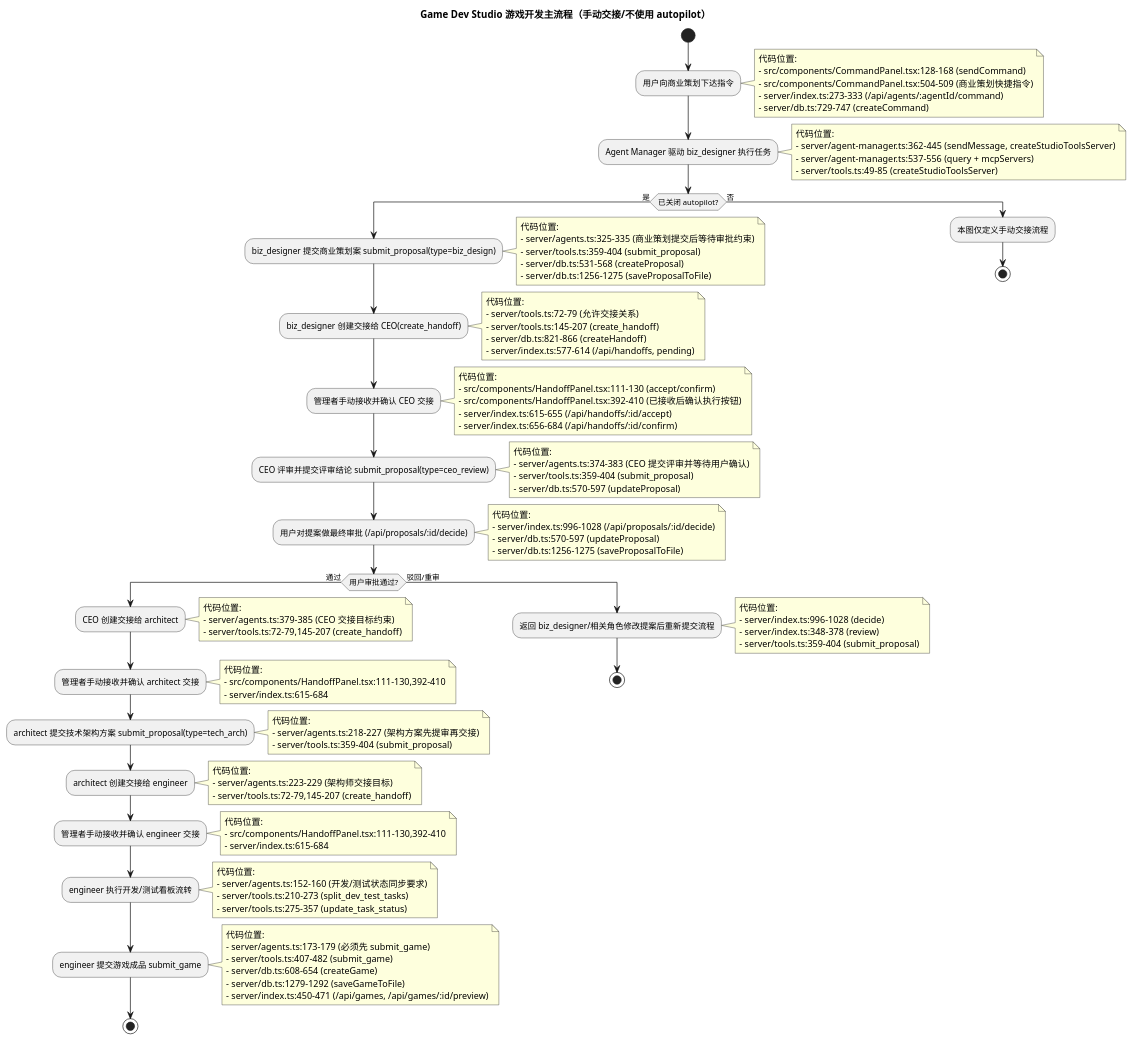
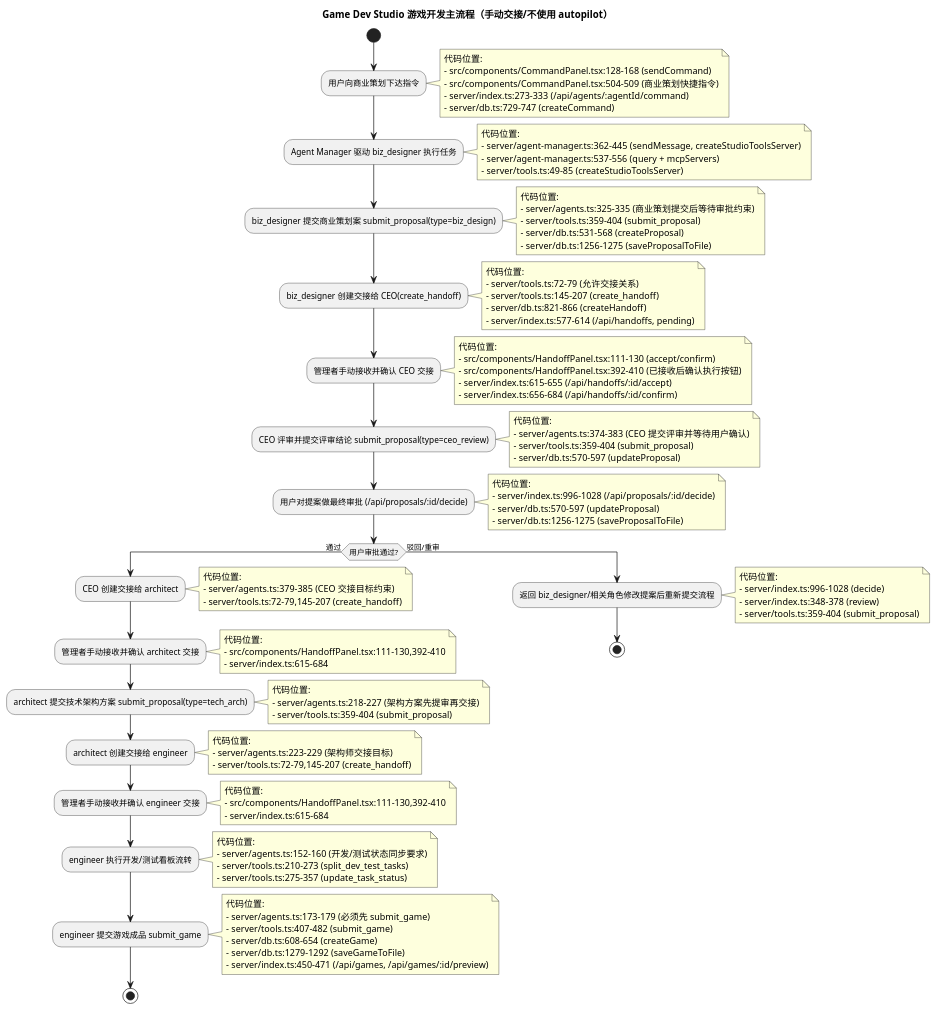
Before and after one commit to luoxiaojun1992/game-studio: the diagram in .agent/diagrams/game-dev-main-flow-manual-handoff.puml, drawn with PlantUML. The commit also changed 1 other file, not shown here.

Commit message:
docs: refine diagrams index and simplify manual flow chart
Agent-Logs-Url: https://github.com/luoxiaojun1992/game-studio/sessions/a775d0eb-d8b2-45e4-b62a-063eaa3ce6b8

```diff
--- a/.agent/diagrams/game-dev-main-flow-manual-handoff.puml
+++ b/.agent/diagrams/game-dev-main-flow-manual-handoff.puml
@@ -1,137 +1,132 @@
 @startuml
 title Game Dev Studio 游戏开发主流程（手动交接/不使用 autopilot）
 
 start
 
 :用户向商业策划下达指令;
 note right
   代码位置:
   - src/components/CommandPanel.tsx:128-168 (sendCommand)
   - src/components/CommandPanel.tsx:504-509 (商业策划快捷指令)
   - server/index.ts:273-333 (/api/agents/:agentId/command)
   - server/db.ts:729-747 (createCommand)
 end note
 
 :Agent Manager 驱动 biz_designer 执行任务;
 note right
   代码位置:
   - server/agent-manager.ts:362-445 (sendMessage, createStudioToolsServer)
   - server/agent-manager.ts:537-556 (query + mcpServers)
   - server/tools.ts:49-85 (createStudioToolsServer)
 end note
 
-if (已关闭 autopilot?) then (是)
-  :biz_designer 提交商业策划案 submit_proposal(type=biz_design);
+:biz_designer 提交商业策划案 submit_proposal(type=biz_design);
+note right
+  代码位置:
+  - server/agents.ts:325-335 (商业策划提交后等待审批约束)
+  - server/tools.ts:359-404 (submit_proposal)
+  - server/db.ts:531-568 (createProposal)
+  - server/db.ts:1256-1275 (saveProposalToFile)
+end note
+
+:biz_designer 创建交接给 CEO(create_handoff);
+note right
+  代码位置:
+  - server/tools.ts:72-79 (允许交接关系)
+  - server/tools.ts:145-207 (create_handoff)
+  - server/db.ts:821-866 (createHandoff)
+  - server/index.ts:577-614 (/api/handoffs, pending)
+end note
+
+:管理者手动接收并确认 CEO 交接;
+note right
+  代码位置:
+  - src/components/HandoffPanel.tsx:111-130 (accept/confirm)
+  - src/components/HandoffPanel.tsx:392-410 (已接收后确认执行按钮)
+  - server/index.ts:615-655 (/api/handoffs/:id/accept)
+  - server/index.ts:656-684 (/api/handoffs/:id/confirm)
+end note
+
+:CEO 评审并提交评审结论 submit_proposal(type=ceo_review);
+note right
+  代码位置:
+  - server/agents.ts:374-383 (CEO 提交评审并等待用户确认)
+  - server/tools.ts:359-404 (submit_proposal)
+  - server/db.ts:570-597 (updateProposal)
+end note
+
+:用户对提案做最终审批 (/api/proposals/:id/decide);
+note right
+  代码位置:
+  - server/index.ts:996-1028 (/api/proposals/:id/decide)
+  - server/db.ts:570-597 (updateProposal)
+  - server/db.ts:1256-1275 (saveProposalToFile)
+end note
+
+if (用户审批通过?) then (通过)
+  :CEO 创建交接给 architect;
   note right
     代码位置:
-    - server/agents.ts:325-335 (商业策划提交后等待审批约束)
-    - server/tools.ts:359-404 (submit_proposal)
-    - server/db.ts:531-568 (createProposal)
-    - server/db.ts:1256-1275 (saveProposalToFile)
+    - server/agents.ts:379-385 (CEO 交接目标约束)
+    - server/tools.ts:72-79,145-207 (create_handoff)
   end note
 
-  :biz_designer 创建交接给 CEO(create_handoff);
+  :管理者手动接收并确认 architect 交接;
   note right
     代码位置:
-    - server/tools.ts:72-79 (允许交接关系)
-    - server/tools.ts:145-207 (create_handoff)
-    - server/db.ts:821-866 (createHandoff)
-    - server/index.ts:577-614 (/api/handoffs, pending)
+    - src/components/HandoffPanel.tsx:111-130,392-410
+    - server/index.ts:615-684
   end note
 
-  :管理者手动接收并确认 CEO 交接;
+  :architect 提交技术架构方案 submit_proposal(type=tech_arch);
   note right
     代码位置:
-    - src/components/HandoffPanel.tsx:111-130 (accept/confirm)
-    - src/components/HandoffPanel.tsx:392-410 (已接收后确认执行按钮)
-    - server/index.ts:615-655 (/api/handoffs/:id/accept)
-    - server/index.ts:656-684 (/api/handoffs/:id/confirm)
+    - server/agents.ts:218-227 (架构方案先提审再交接)
+    - server/tools.ts:359-404 (submit_proposal)
   end note
 
-  :CEO 评审并提交评审结论 submit_proposal(type=ceo_review);
+  :architect 创建交接给 engineer;
   note right
     代码位置:
-    - server/agents.ts:374-383 (CEO 提交评审并等待用户确认)
-    - server/tools.ts:359-404 (submit_proposal)
-    - server/db.ts:570-597 (updateProposal)
+    - server/agents.ts:223-229 (架构师交接目标)
+    - server/tools.ts:72-79,145-207 (create_handoff)
   end note
 
-  :用户对提案做最终审批 (/api/proposals/:id/decide);
+  :管理者手动接收并确认 engineer 交接;
   note right
     代码位置:
-    - server/index.ts:996-1028 (/api/proposals/:id/decide)
-    - server/db.ts:570-597 (updateProposal)
-    - server/db.ts:1256-1275 (saveProposalToFile)
+    - src/components/HandoffPanel.tsx:111-130,392-410
+    - server/index.ts:615-684
   end note
 
-  if (用户审批通过?) then (通过)
-    :CEO 创建交接给 architect;
-    note right
-      代码位置:
-      - server/agents.ts:379-385 (CEO 交接目标约束)
-      - server/tools.ts:72-79,145-207 (create_handoff)
-    end note
+  :engineer 执行开发/测试看板流转;
+  note right
+    代码位置:
+    - server/agents.ts:152-160 (开发/测试状态同步要求)
+    - server/tools.ts:210-273 (split_dev_test_tasks)
+    - server/tools.ts:275-357 (update_task_status)
+  end note
 
-    :管理者手动接收并确认 architect 交接;
-    note right
-      代码位置:
-      - src/components/HandoffPanel.tsx:111-130,392-410
-      - server/index.ts:615-684
-    end note
+  :engineer 提交游戏成品 submit_game;
+  note right
+    代码位置:
+    - server/agents.ts:173-179 (必须先 submit_game)
+    - server/tools.ts:407-482 (submit_game)
+    - server/db.ts:608-654 (createGame)
+    - server/db.ts:1279-1292 (saveGameToFile)
+    - server/index.ts:450-471 (/api/games, /api/games/:id/preview)
+  end note
 
-    :architect 提交技术架构方案 submit_proposal(type=tech_arch);
-    note right
-      代码位置:
-      - server/agents.ts:218-227 (架构方案先提审再交接)
-      - server/tools.ts:359-404 (submit_proposal)
-    end note
-
-    :architect 创建交接给 engineer;
-    note right
-      代码位置:
-      - server/agents.ts:223-229 (架构师交接目标)
-      - server/tools.ts:72-79,145-207 (create_handoff)
-    end note
-
-    :管理者手动接收并确认 engineer 交接;
-    note right
-      代码位置:
-      - src/components/HandoffPanel.tsx:111-130,392-410
-      - server/index.ts:615-684
-    end note
-
-    :engineer 执行开发/测试看板流转;
-    note right
-      代码位置:
-      - server/agents.ts:152-160 (开发/测试状态同步要求)
-      - server/tools.ts:210-273 (split_dev_test_tasks)
-      - server/tools.ts:275-357 (update_task_status)
-    end note
-
-    :engineer 提交游戏成品 submit_game;
-    note right
-      代码位置:
-      - server/agents.ts:173-179 (必须先 submit_game)
-      - server/tools.ts:407-482 (submit_game)
-      - server/db.ts:608-654 (createGame)
-      - server/db.ts:1279-1292 (saveGameToFile)
-      - server/index.ts:450-471 (/api/games, /api/games/:id/preview)
-    end note
-
-    stop
-  else (驳回/重审)
-    :返回 biz_designer/相关角色修改提案后重新提交流程;
-    note right
-      代码位置:
-      - server/index.ts:996-1028 (decide)
-      - server/index.ts:348-378 (review)
-      - server/tools.ts:359-404 (submit_proposal)
-    end note
-    stop
-  endif
-else (否)
-  :本图仅定义手动交接流程;
+  stop
+else (驳回/重审)
+  :返回 biz_designer/相关角色修改提案后重新提交流程;
+  note right
+    代码位置:
+    - server/index.ts:996-1028 (decide)
+    - server/index.ts:348-378 (review)
+    - server/tools.ts:359-404 (submit_proposal)
+  end note
   stop
 endif
 
 @enduml
```
